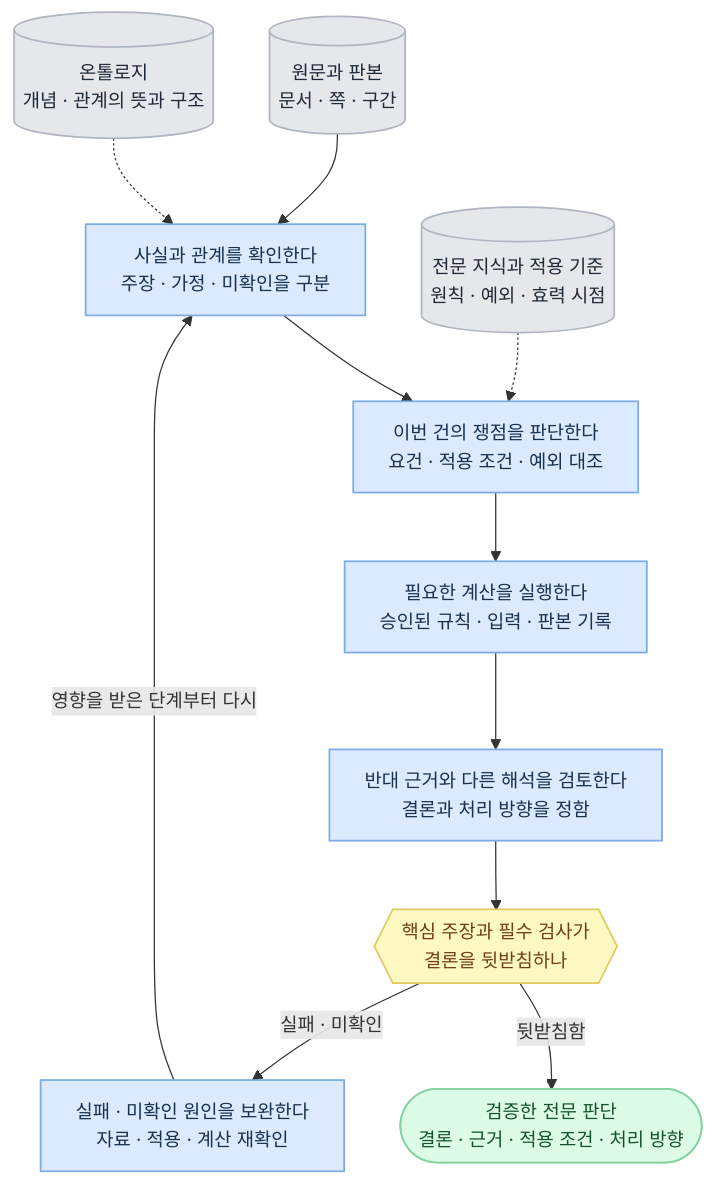
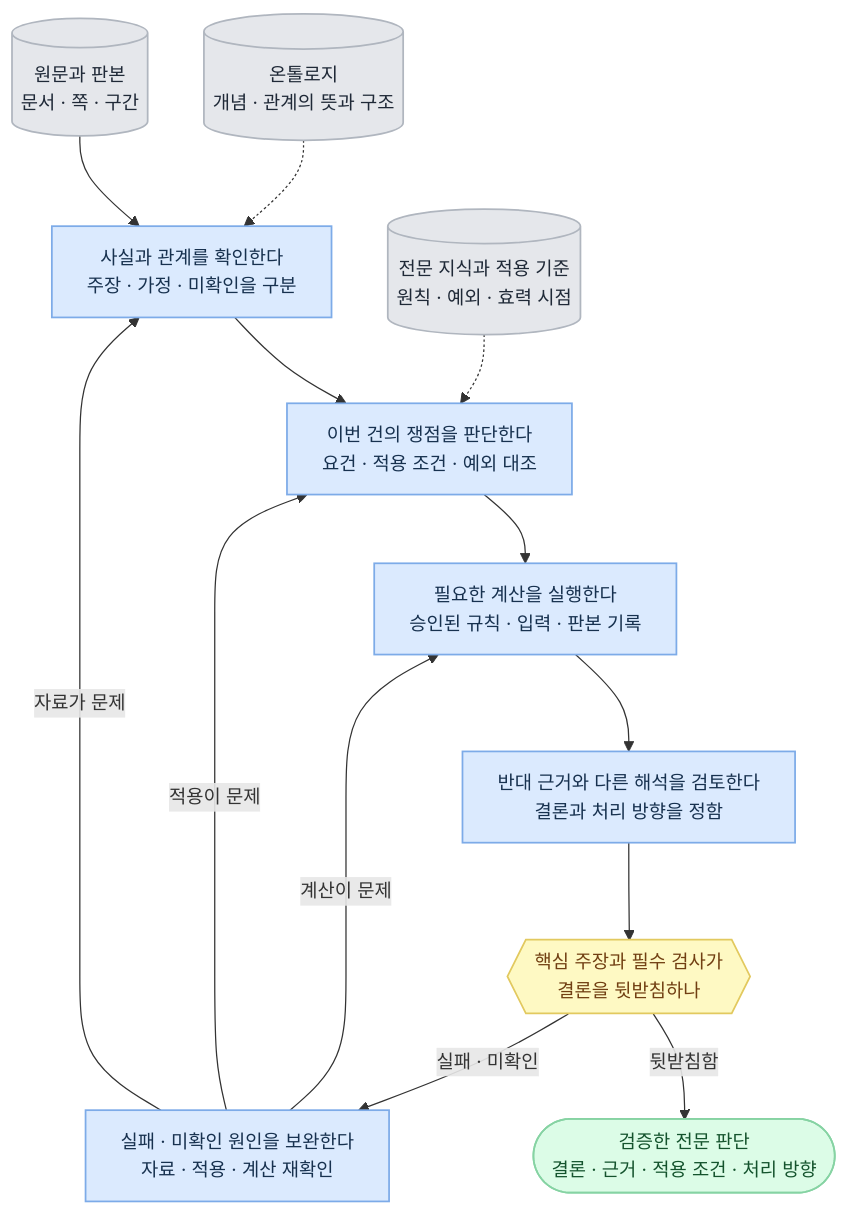
Before and after one commit to harisbaguette/expert: the seventh of 7 diagrams in 전문가 에이전트 정의 1.md, drawn with Mermaid. The commit also changed other lines of this file and 3 other files, not shown here.

Commit message:
정의 1 — 전문 판단의 신뢰성 절 순서도 2장의 선 겹침을 없앰: 「일하는 순서」는 좌표를 직접 잡은 그림으로 바꿔 선 교차·상자 뚫음·이름표 겹침 0(Mermaid dagre로는 교차 1개가 안 없어짐), 갈림길마다 판단 도형(육각형)을 두고 되묻기는 왼쪽·빈 곳 채우기는 오른쪽·되돌아가기는 바깥 여백으로 보냄. 「근거에서 판단까지 이어지는 기록」은 보완 뒤 되돌아가는 선을 자료·적용·계산 세 갈래로 나눠 각 단계 상자로 이음 Co-Authored-By: Claude Sonnet 5.5 <noreply@anthropic.com>

````diff
--- a/전문가 에이전트 정의 1.md
+++ b/전문가 에이전트 정의 1.md
@@ -1259,28 +1259,30 @@
 ```mermaid
 %%{init: {"flowchart": {"wrappingWidth": 640, "curve": "basis", "nodeSpacing": 45, "rankSpacing": 55, "padding": 14, "useMaxWidth": true}, "themeVariables": {"fontSize": "15px"}} }%%
 flowchart TB
     SOURCE[("원문과 판본<br/>문서 · 쪽 · 구간")]:::store
     FACT["사실과 관계를 확인한다<br/>주장 · 가정 · 미확인을 구분"]:::main
     APPLY["이번 건의 쟁점을 판단한다<br/>요건 · 적용 조건 · 예외 대조"]:::main
     CALC["필요한 계산을 실행한다<br/>승인된 규칙 · 입력 · 판본 기록"]:::main
     DECIDE["반대 근거와 다른 해석을 검토한다<br/>결론과 처리 방향을 정함"]:::main
     CHECK{{"핵심 주장과 필수 검사가<br/>결론을 뒷받침하나"}}:::note
     RESULT(["검증한 전문 판단<br/>결론 · 근거 · 적용 조건 · 처리 방향"]):::good
     REWORK["실패 · 미확인 원인을 보완한다<br/>자료 · 적용 · 계산 재확인"]:::main
     ONTOLOGY[("온톨로지<br/>개념 · 관계의 뜻과 구조")]:::store
     RULE[("전문 지식과 적용 기준<br/>원칙 · 예외 · 효력 시점")]:::store
 
+    ONTOLOGY -.-> FACT
     SOURCE --> FACT --> APPLY --> CALC --> DECIDE --> CHECK
     CHECK -- "뒷받침함" --> RESULT
     CHECK -- "실패 · 미확인" --> REWORK
-    REWORK -- "영향을 받은 단계부터 다시" --> FACT
-    ONTOLOGY -.-> FACT
+    REWORK -- "자료가 문제" --> FACT
+    REWORK -- "적용이 문제" --> APPLY
+    REWORK -- "계산이 문제" --> CALC
     RULE -.-> APPLY
 
     classDef main fill:#dbeafe,stroke:#7dabe8,stroke-width:1.4px,color:#17314f
     classDef stop fill:#fee2e2,stroke:#f0a3a3,stroke-width:1.4px,color:#7f1d1d
     classDef back fill:#ffedd5,stroke:#f3b183,stroke-width:1.4px,color:#7c2d12
     classDef store fill:#e5e7eb,stroke:#b0b6bf,stroke-width:1.4px,color:#1f2937
     classDef good fill:#dcfce7,stroke:#86d3a3,stroke-width:1.4px,color:#14532d
     classDef note fill:#fef9c3,stroke:#e2c95f,stroke-width:1.4px,color:#713f12
 ```
````
